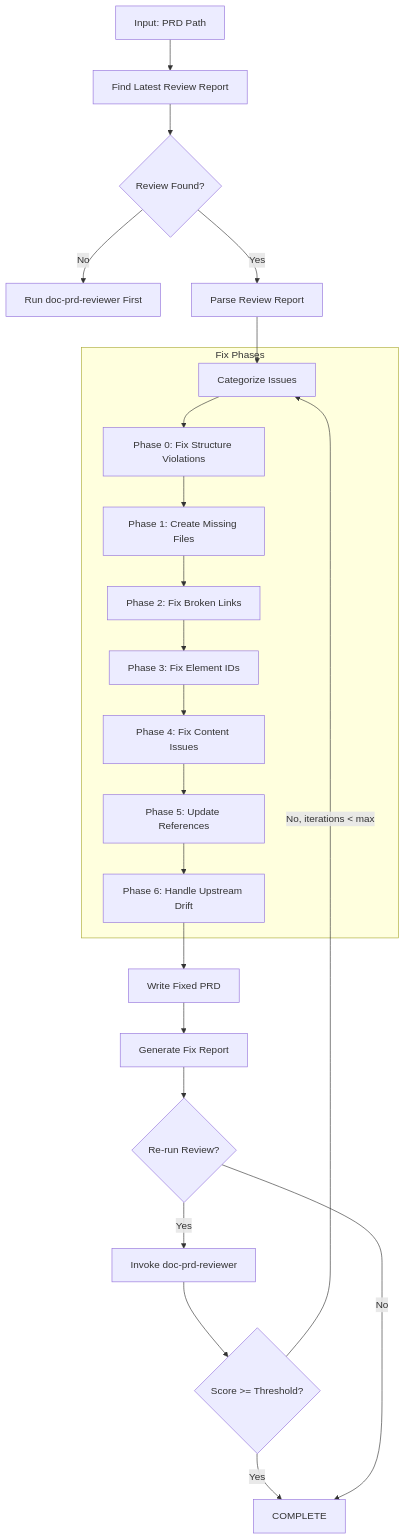
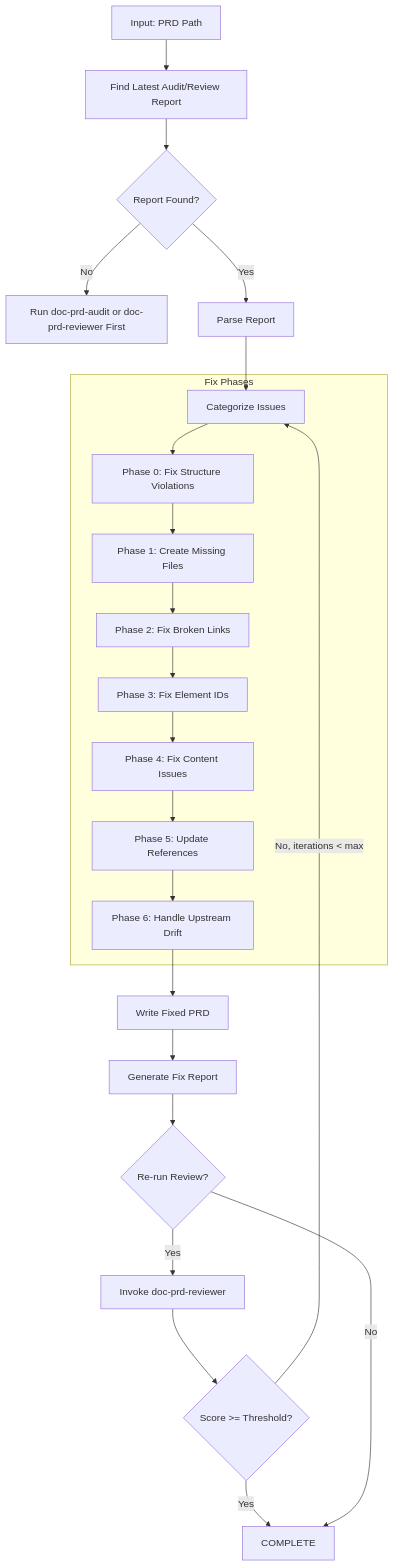
One commit to vladm3105/aidoc-flow-framework changed the first of 3 diagrams in .claude/skills/doc-prd-fixer/SKILL.md. Above: the diagram before and after it, drawn with Mermaid. The commit also changed other lines of this file and 5 other files, not shown here.

Commit message:
docs(skills): add PRD audit wrapper and align PRD skill parity

````diff
--- a/.claude/skills/doc-prd-fixer/SKILL.md
+++ b/.claude/skills/doc-prd-fixer/SKILL.md
@@ -66,28 +68,28 @@
 ```mermaid
 flowchart TD
-    A[Input: PRD Path] --> B[Find Latest Review Report]
-    B --> C{Review Found?}
-    C -->|No| D[Run doc-prd-reviewer First]
-    C -->|Yes| E[Parse Review Report]
+    A[Input: PRD Path] --> B[Find Latest Audit/Review Report]
+    B --> C{Report Found?}
+    C -->|No| D[Run doc-prd-audit or doc-prd-reviewer First]
+    C -->|Yes| E[Parse Report]
 
     E --> F[Categorize Issues]
 
     subgraph FixPhases["Fix Phases"]
         F --> F0[Phase 0: Fix Structure Violations]
         F0 --> G[Phase 1: Create Missing Files]
         G --> H[Phase 2: Fix Broken Links]
         H --> I[Phase 3: Fix Element IDs]
         I --> J[Phase 4: Fix Content Issues]
         J --> K[Phase 5: Update References]
         K --> K2[Phase 6: Handle Upstream Drift]
     end
 
     K2 --> L[Write Fixed PRD]
     L --> M[Generate Fix Report]
     M --> N{Re-run Review?}
     N -->|Yes| O[Invoke doc-prd-reviewer]
     O --> P{Score >= Threshold?}
     P -->|No, iterations < max| F
     P -->|Yes| Q[COMPLETE]
     N -->|No| Q
 ```
````
